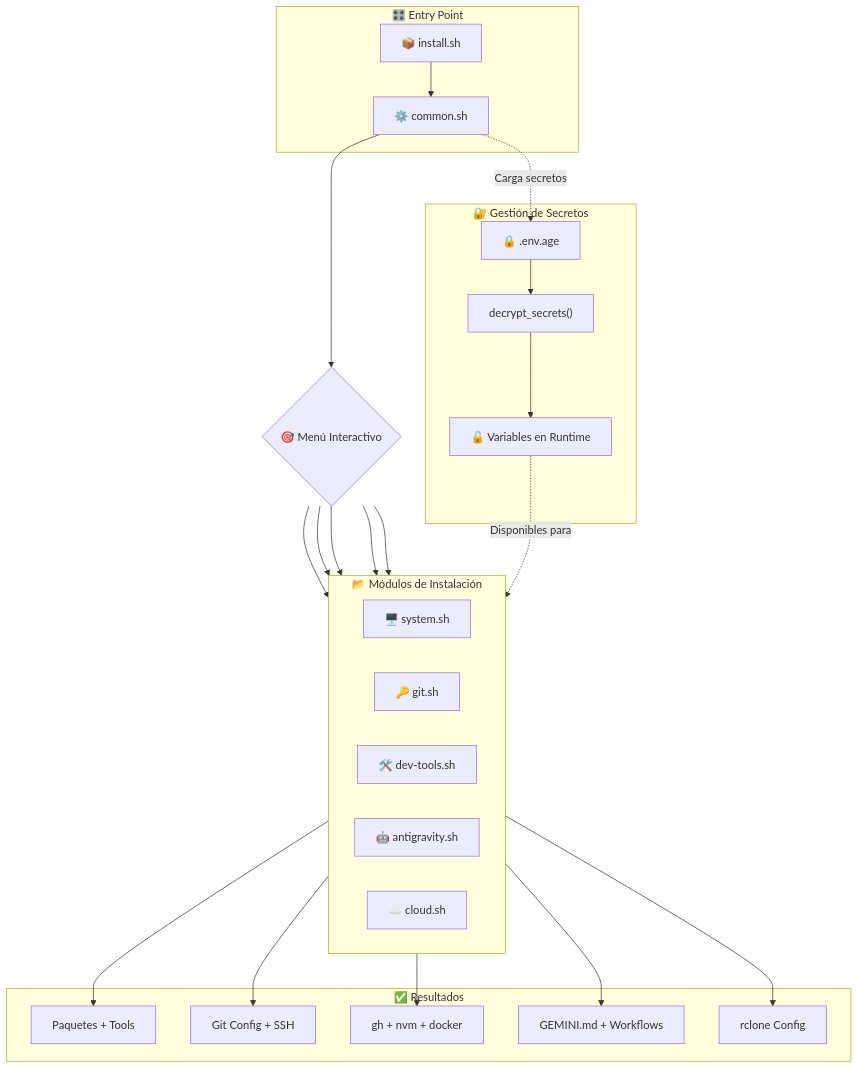
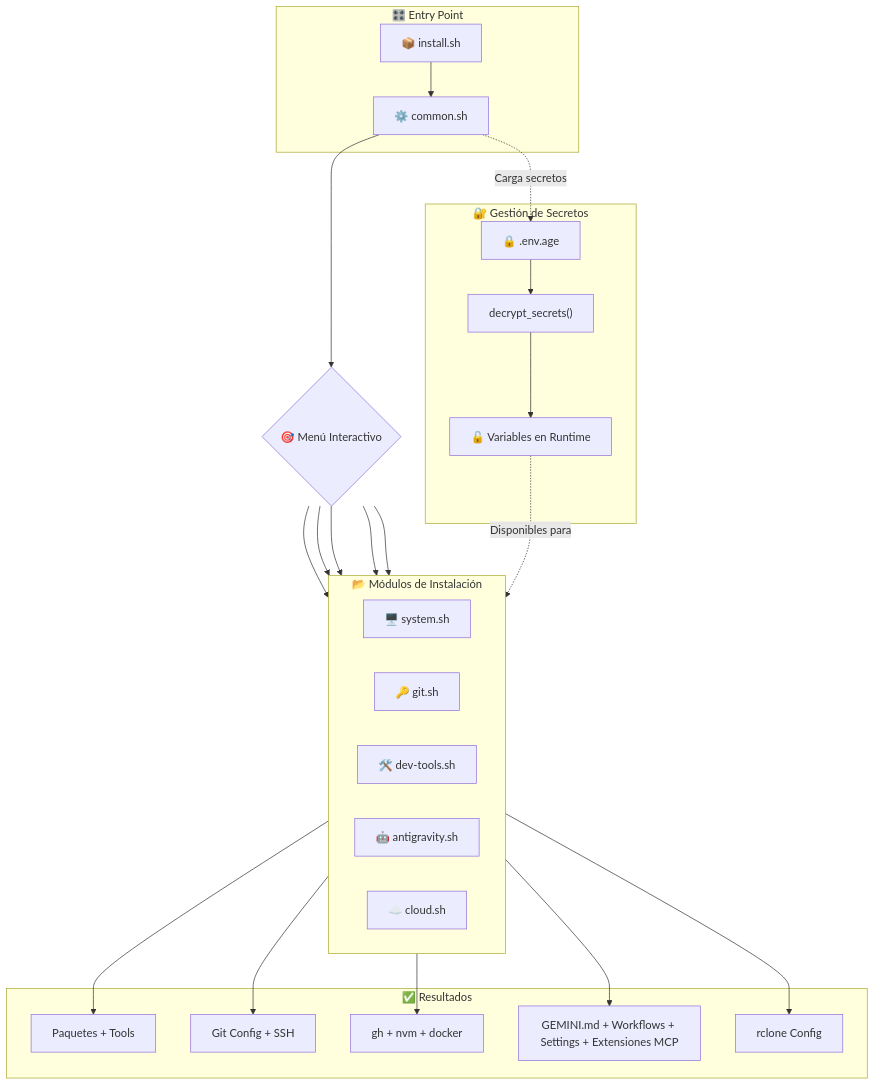
One commit to herwingx/dotfiles changed the first of 2 diagrams in README.md. Above: the diagram before and after it, drawn with Mermaid. The commit also changed other lines of this file and 1 other file, not shown here.

First line of the commit message:
docs(gemini): documentar extensiones MCP y configuración completa

````diff
--- a/README.md
+++ b/README.md
@@ -141,41 +144,41 @@
 ```mermaid
 flowchart TD
     subgraph ENTRY["🎛️ Entry Point"]
         A["📦 install.sh"] --> B["⚙️ common.sh"]
     end
 
     B --> C{"🎯 Menú Interactivo"}
 
     subgraph MODULES["📂 Módulos de Instalación"]
         direction LR
         D["🖥️ system.sh"]
         E["🔑 git.sh"]
         F["🛠️ dev-tools.sh"]
         G["🤖 antigravity.sh"]
         H["☁️ cloud.sh"]
     end
 
     C --> D & E & F & G & H
 
     subgraph OUTPUTS["✅ Resultados"]
         I["Paquetes + Tools"]
         J["Git Config + SSH"]
         K["gh + nvm + docker"]
-        L["GEMINI.md + Workflows"]
+        L["GEMINI.md + Workflows + Settings + Extensiones MCP"]
         M["rclone Config"]
     end
 
     D --> I
     E --> J
     F --> K
     G --> L
     H --> M
 
     subgraph SECRETS["🔐 Gestión de Secretos"]
         N["🔒 .env.age"] --> O["decrypt_secrets()"]
         O --> P["🔓 Variables en Runtime"]
     end
 
     B -.->|"Carga secretos"| N
     P -.->|"Disponibles para"| MODULES
 ```
````
